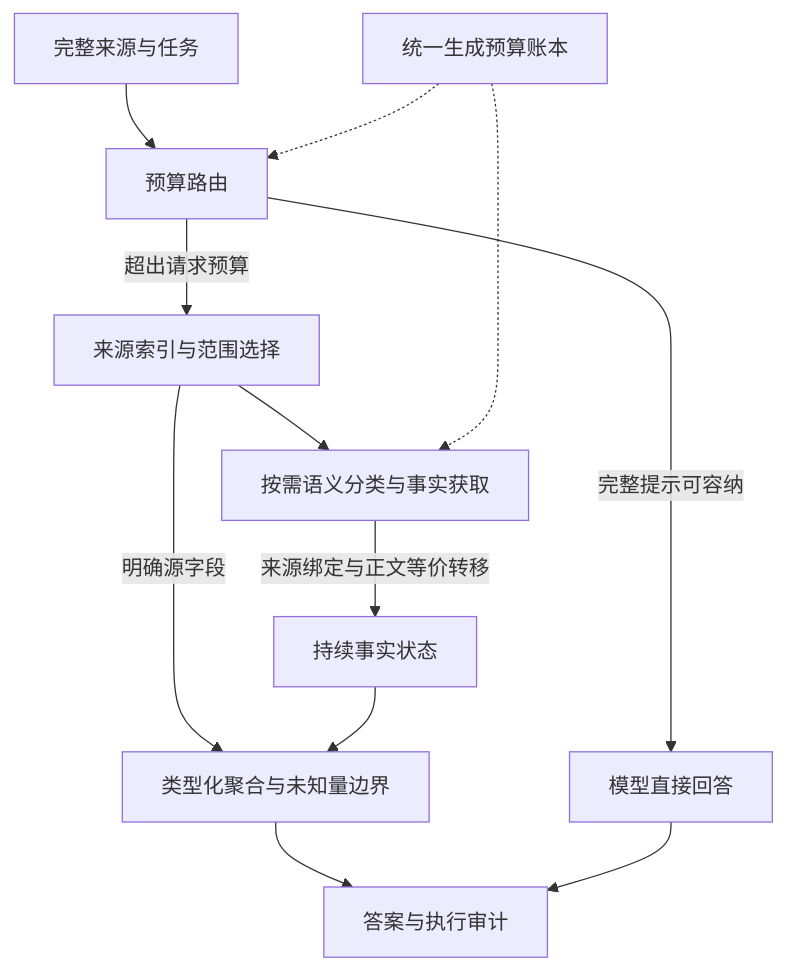
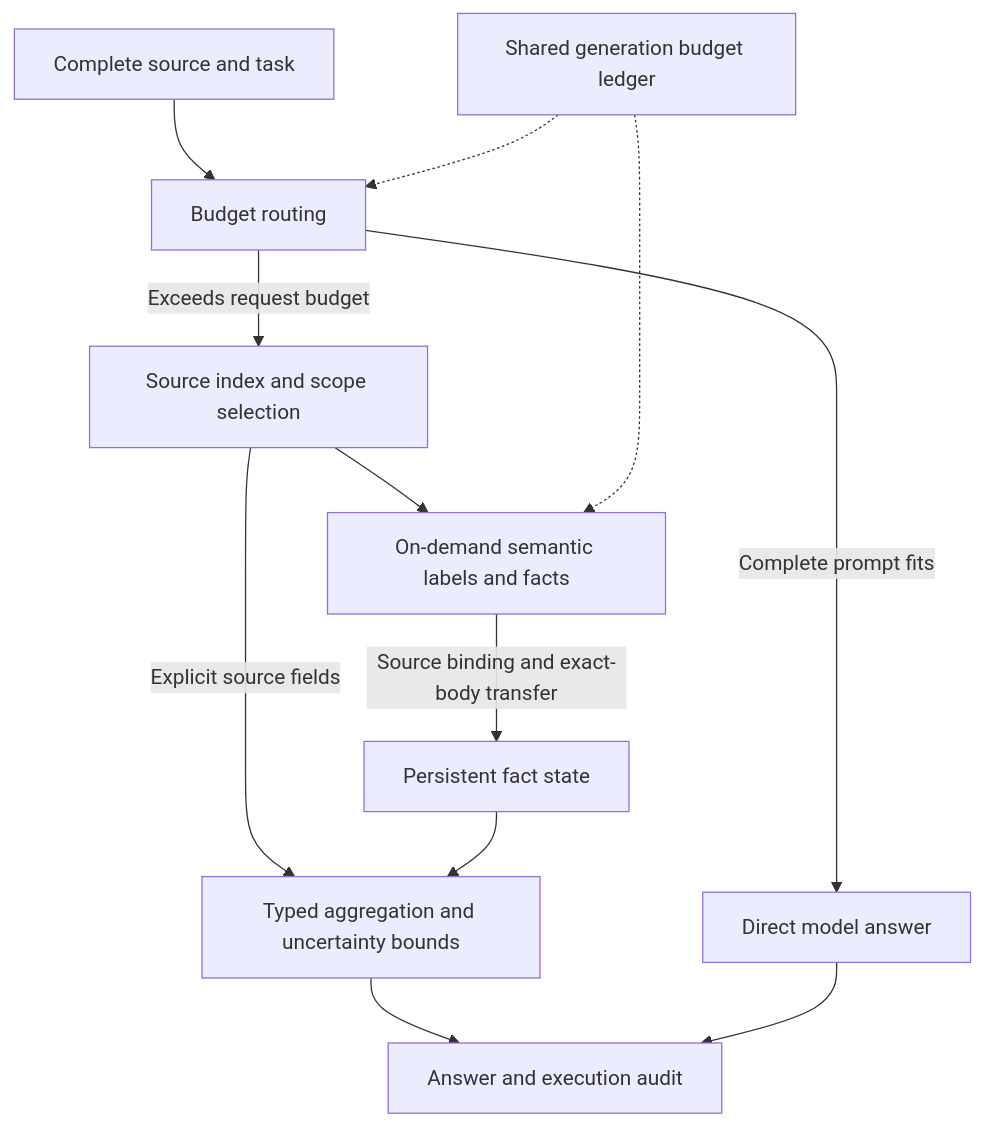
One commit to quxiaoqiya/CRU-Harness changed the diagram in README.md. Above: the diagram before and after it, drawn with Mermaid. The commit also changed other lines of this file and 11 other files, not shown here.

````diff
--- a/README.md
+++ b/README.md
@@ -71,14 +109,14 @@
 ```mermaid
 flowchart TD
-    S["完整来源与任务"] --> H["预算路由"]
-    H -->|"完整提示可容纳"| D["模型直接回答"]
-    H -->|"超出请求预算"| I["来源索引与范围选择"]
-    I --> P["按需语义分类与事实获取"]
-    P -->|"来源绑定与正文等价转移"| F["持续事实状态"]
-    I -->|"明确源字段"| O["类型化聚合与未知量边界"]
+    S["Complete source and task"] --> H["Budget routing"]
+    H -->|"Complete prompt fits"| D["Direct model answer"]
+    H -->|"Exceeds request budget"| I["Source index and scope selection"]
+    I --> P["On-demand semantic labels and facts"]
+    P -->|"Source binding and exact-body transfer"| F["Persistent fact state"]
+    I -->|"Explicit source fields"| O["Typed aggregation and uncertainty bounds"]
     F --> O
-    O --> A["答案与执行审计"]
+    O --> A["Answer and execution audit"]
     D --> A
-    B["统一生成预算账本"] -.-> H
+    B["Shared generation budget ledger"] -.-> H
     B -.-> P
 ```
````
